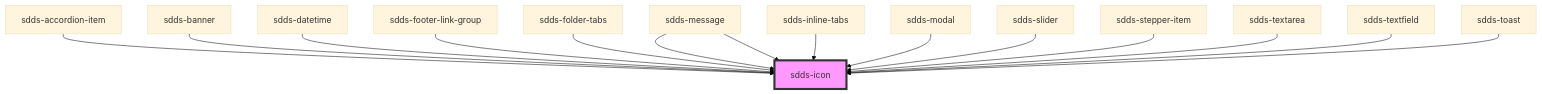
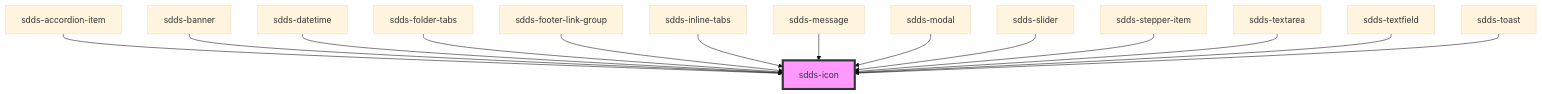
The diagram in tegel/src/components/icon/readme.md (scania-digital-design-system/sdds), drawn with Mermaid (base theme) before and after one commit. The commit also changed other lines of this file, not shown here.

Commit message:
fix(tabs): icon dependancy

````diff
--- a/tegel/src/components/icon/readme.md
+++ b/tegel/src/components/icon/readme.md
@@ -34,18 +33,17 @@
 ```mermaid
 graph TD;
   sdds-accordion-item --> sdds-icon
   sdds-banner --> sdds-icon
   sdds-datetime --> sdds-icon
+  sdds-folder-tabs --> sdds-icon
   sdds-footer-link-group --> sdds-icon
-  sdds-message --> sdds-icon
-  sdds-folder-tabs --> sdds-icon
   sdds-inline-tabs --> sdds-icon
   sdds-message --> sdds-icon
   sdds-modal --> sdds-icon
   sdds-slider --> sdds-icon
   sdds-stepper-item --> sdds-icon
   sdds-textarea --> sdds-icon
   sdds-textfield --> sdds-icon
   sdds-toast --> sdds-icon
   style sdds-icon fill:#f9f,stroke:#333,stroke-width:4px
 ```
````
